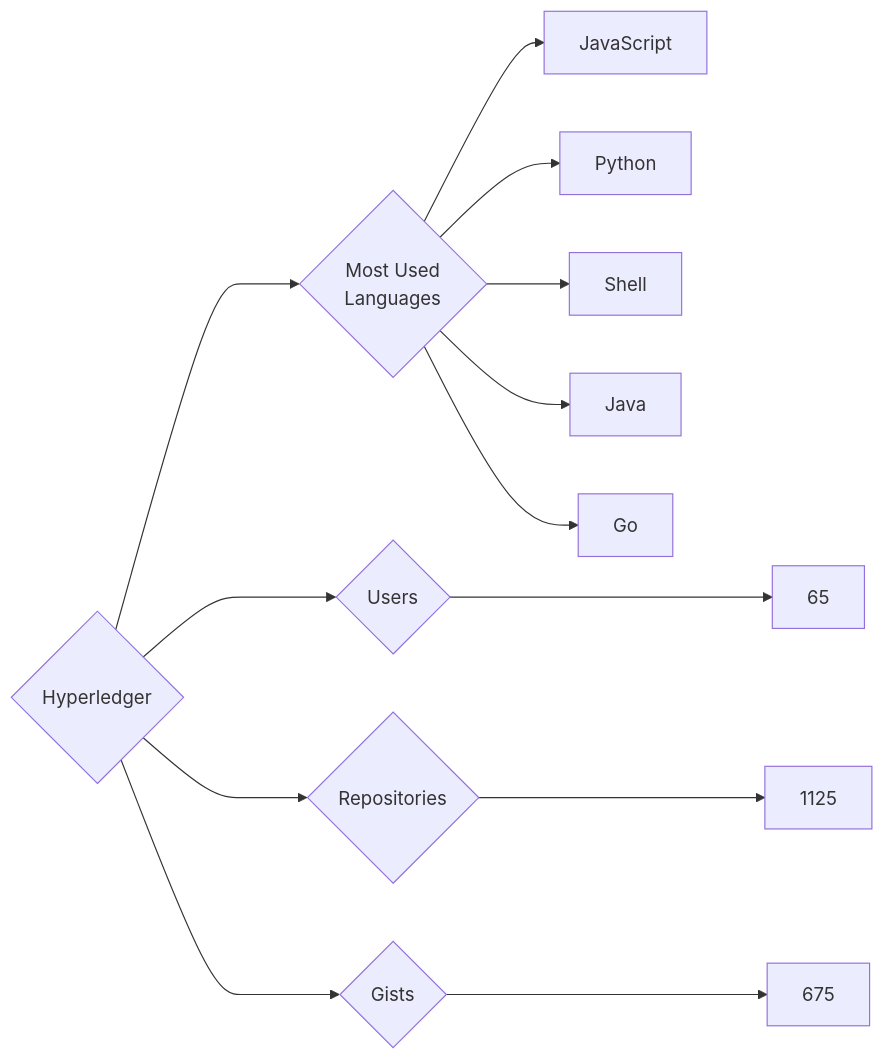
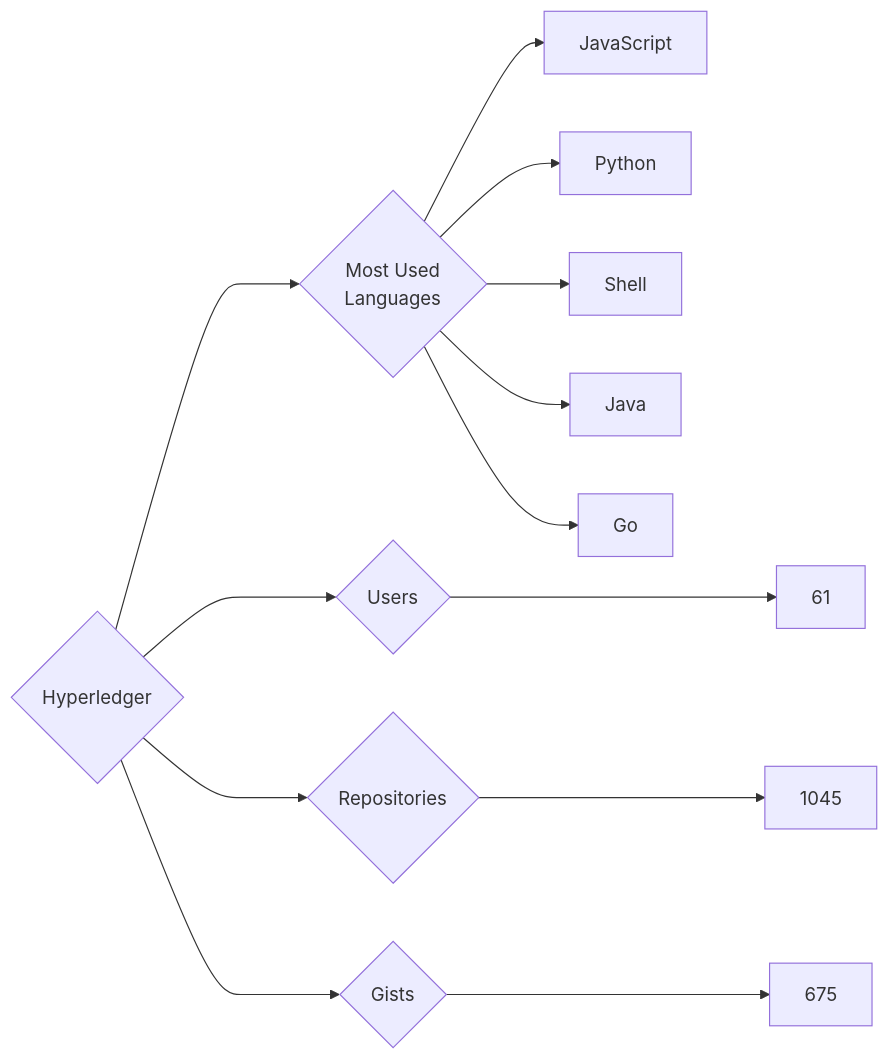
Before and after one commit to trickest/insiders: the diagram in targets/Hyperledger/README.md, drawn with Mermaid. The commit also changed 682 other files, not shown here.

````diff
--- a/targets/Hyperledger/README.md
+++ b/targets/Hyperledger/README.md
@@ -3,13 +3,13 @@
 ```mermaid
 graph LR
 COMPANY_NAME{Hyperledger}
-COMPANY_NAME ---> U{Users} ---> UN[65]
-COMPANY_NAME ---> R{Repositories} ---> RN[1125]
+COMPANY_NAME ---> U{Users} ---> UN[61]
+COMPANY_NAME ---> R{Repositories} ---> RN[1045]
 COMPANY_NAME ---> G{Gists} ---> GN[675]
 COMPANY_NAME ---> ML{Most Used<br>Languages}
 ML --> JavaScript[JavaScript]
 ML --> Python[Python]
 ML --> Shell[Shell]
 ML --> Java[Java]
 ML --> Go[Go]
 ```
````
